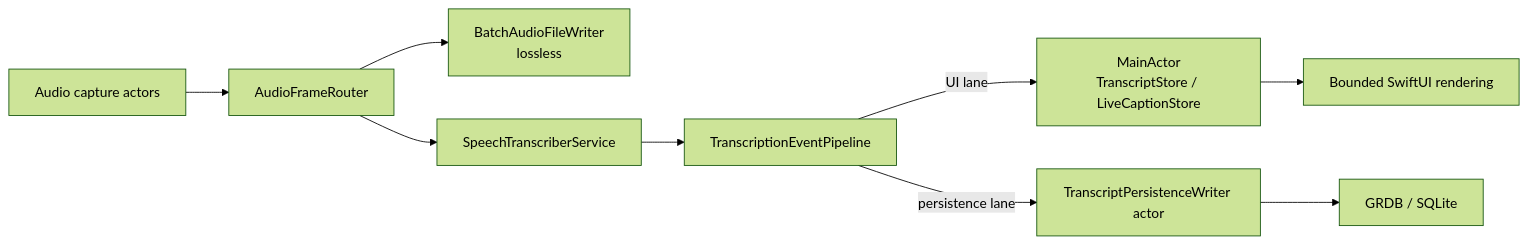
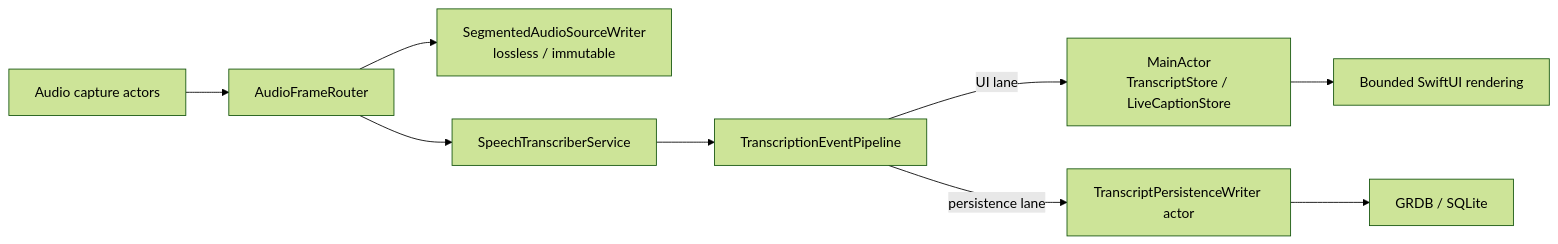
Before and after one commit to dahlia-org/dahlia: the diagram in docs/adr/0002-isolate-recording-critical-path-from-main-actor.md, drawn with Mermaid (forest theme). The commit also changed 65 other files, not shown here.

First line of the commit message:
Protect recordings with segmented immutable storage (#100)

````diff
--- a/docs/adr/0002-isolate-recording-critical-path-from-main-actor.md
+++ b/docs/adr/0002-isolate-recording-critical-path-from-main-actor.md
@@ -31,11 +31,11 @@
 ```mermaid
 flowchart LR
     Capture["Audio capture actors"] --> Router["AudioFrameRouter"]
-    Router --> CAF["BatchAudioFileWriter<br/>lossless"]
+    Router --> CAF["SegmentedAudioSourceWriter<br/>lossless / immutable"]
     Router --> Speech["SpeechTranscriberService"]
     Speech --> Pipeline["TranscriptionEventPipeline"]
     Pipeline -->|"UI lane"| Main["MainActor<br/>TranscriptStore / LiveCaptionStore"]
     Pipeline -->|"persistence lane"| Writer["TranscriptPersistenceWriter actor"]
     Writer --> DB["GRDB / SQLite"]
     Main --> View["Bounded SwiftUI rendering"]
 ```
````
